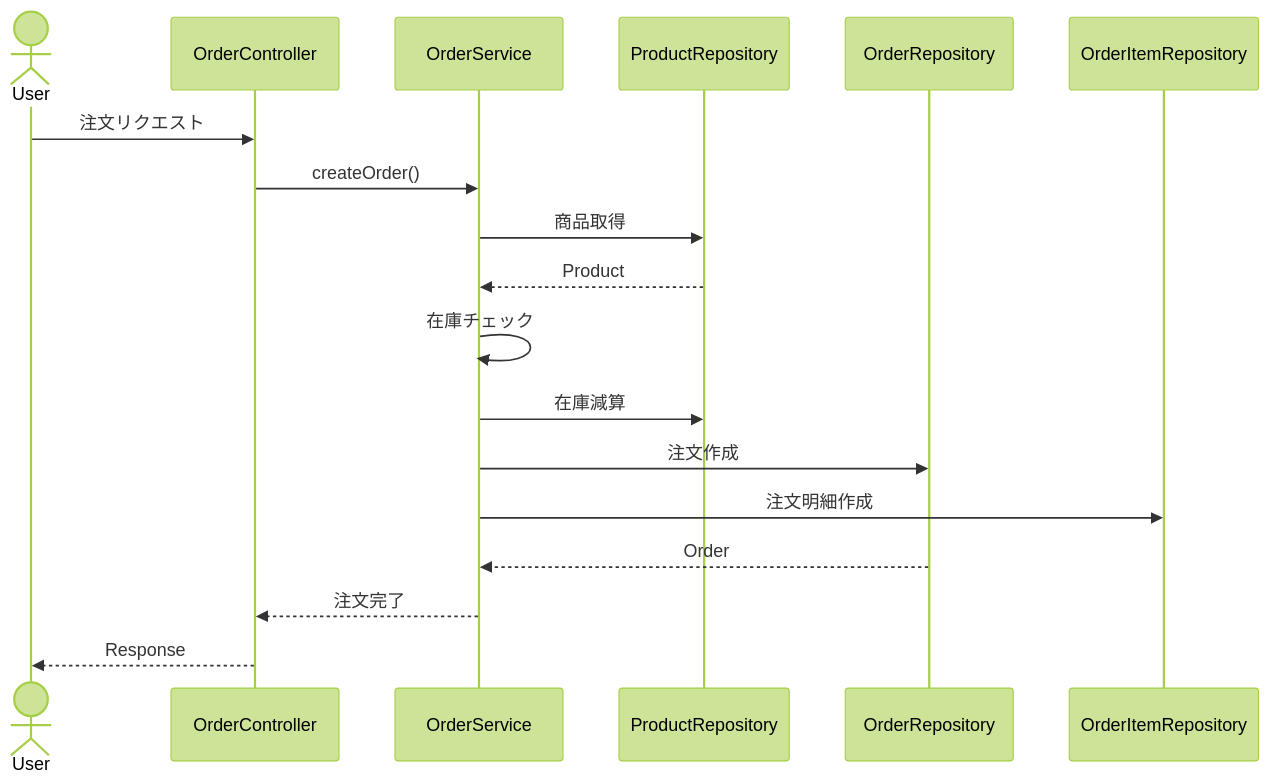
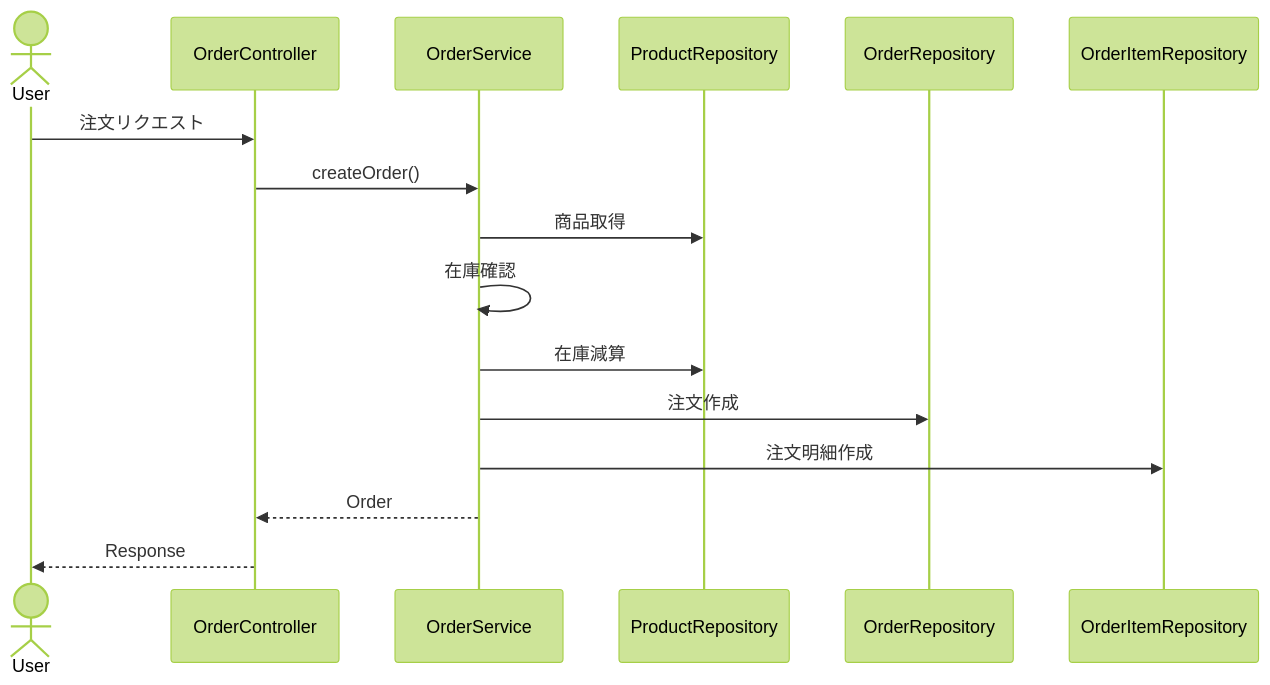
Before and after one commit to utl-flaxy/inventory-management-system: the second of 7 diagrams in README.md, drawn with Mermaid (forest theme). The commit also changed other lines of this file, not shown here.

````diff
--- a/README.md
+++ b/README.md
@@ -243,26 +240,23 @@
 ```mermaid
 sequenceDiagram
 
 actor User
 
 User->>OrderController: 注文リクエスト
 
 OrderController->>OrderService: createOrder()
 
 OrderService->>ProductRepository: 商品取得
-ProductRepository-->>OrderService: Product
 
-OrderService->>OrderService: 在庫チェック
+OrderService->>OrderService: 在庫確認
 
 OrderService->>ProductRepository: 在庫減算
 
 OrderService->>OrderRepository: 注文作成
 
 OrderService->>OrderItemRepository: 注文明細作成
 
-OrderRepository-->>OrderService: Order
-
-OrderService-->>OrderController: 注文完了
+OrderService-->>OrderController: Order
 
 OrderController-->>User: Response
 ```
````
